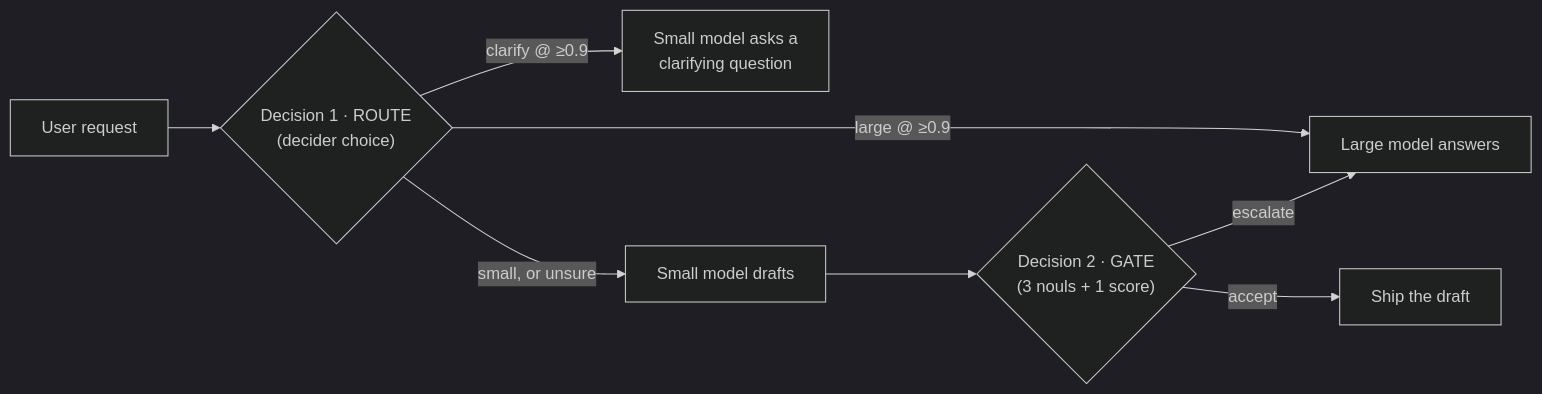
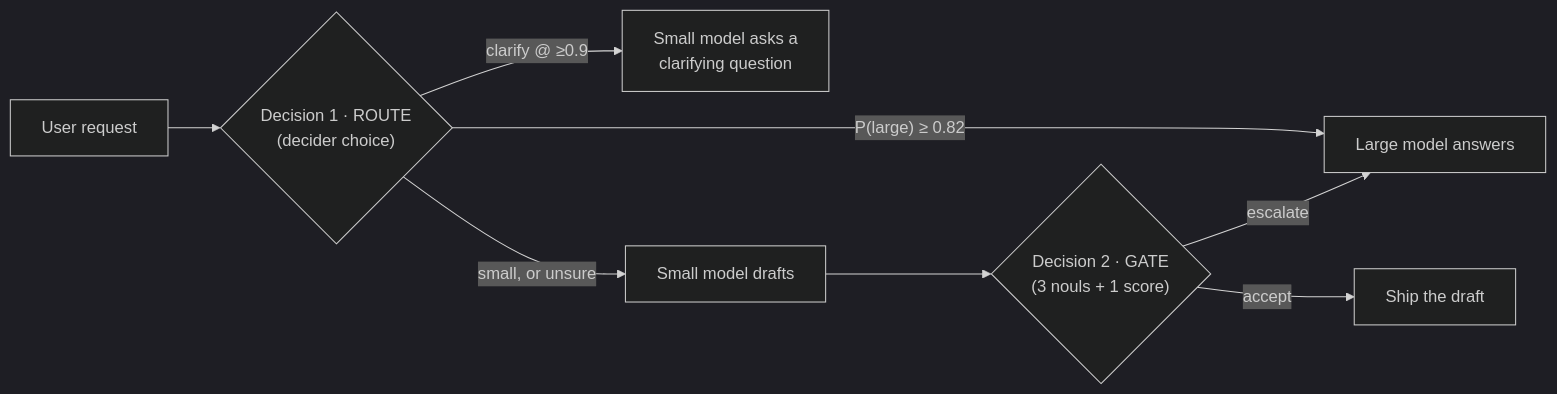
Before and after one commit to Swayam-Ch/escalator: the diagram in README.md, drawn with Mermaid (dark theme). The commit also changed other lines of this file and 5 other files, not shown here.

````diff
--- a/README.md
+++ b/README.md
@@ -10,10 +10,10 @@
 ```mermaid
 flowchart LR
     U[User request] --> R{"Decision 1 · ROUTE<br/>(decider choice)"}
     R -- "clarify @ ≥0.9" --> C[Small model asks a<br/>clarifying question]
-    R -- "large @ ≥0.9" --> L[Large model answers]
+    R -- "P(large) ≥ 0.82" --> L[Large model answers]
     R -- "small, or unsure" --> S[Small model drafts]
     S --> G{"Decision 2 · GATE<br/>(3 nouls + 1 score)"}
     G -- accept --> A[Ship the draft]
     G -- escalate --> L
 ```
````
